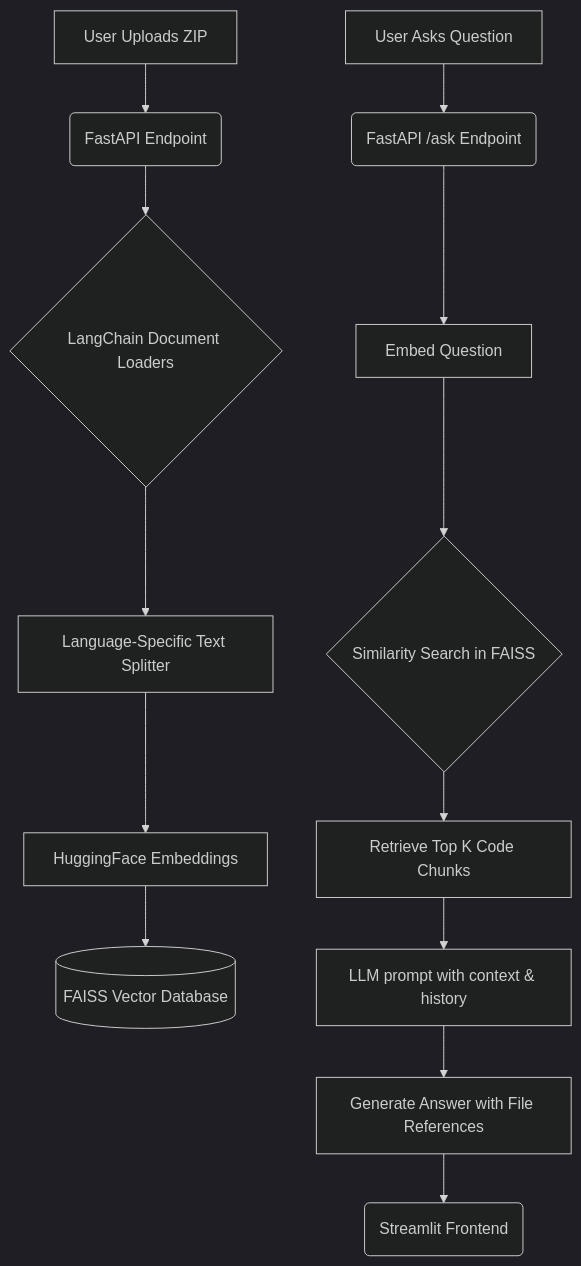
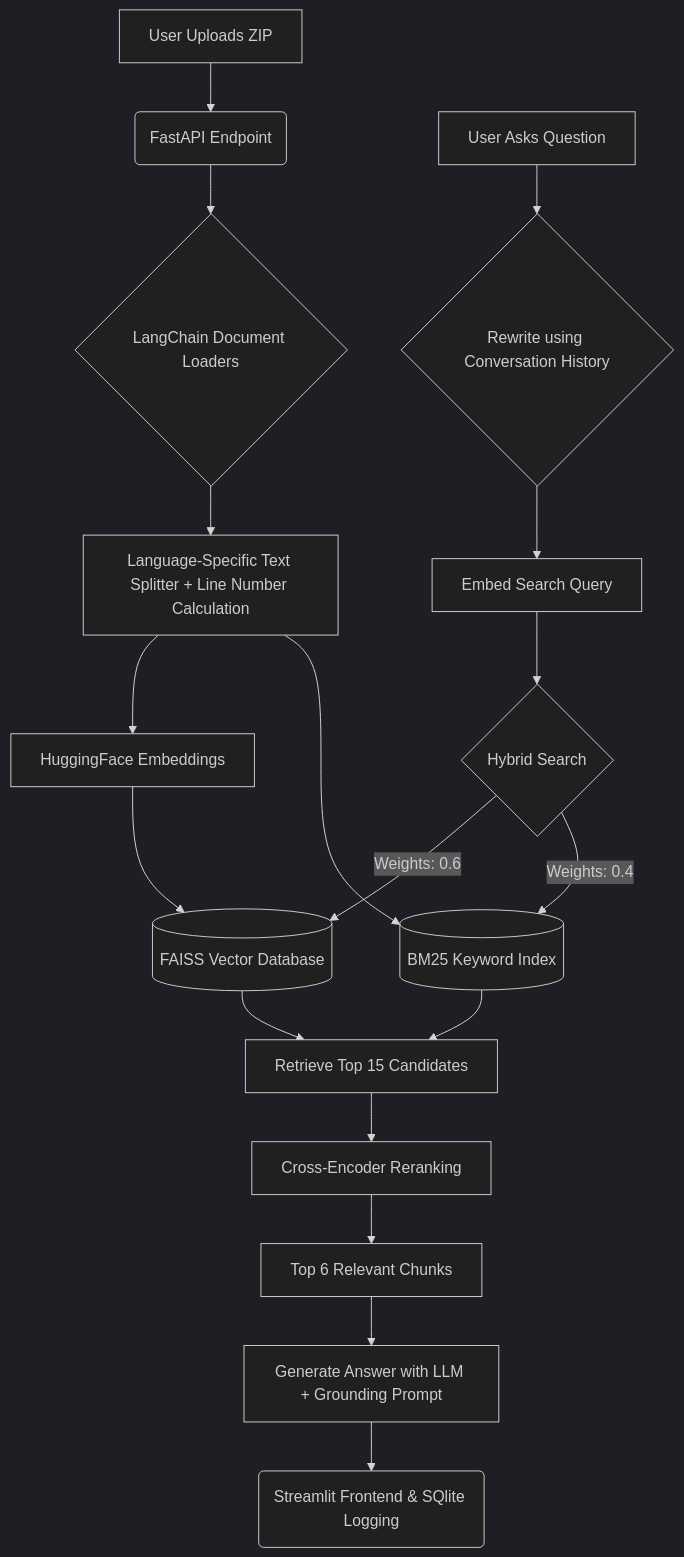
The diagram in README.md (roicy123/RAG_Ai_Debugging), drawn with Mermaid (dark theme) before and after one commit. The commit also changed other lines of this file and 18 other files, not shown here.

````diff
--- a/README.md
+++ b/README.md
@@ -17,16 +19,21 @@
 ```mermaid
 graph TD
     A[User Uploads ZIP] --> B(FastAPI Endpoint)
     B --> C{LangChain Document Loaders}
-    C --> D[Language-Specific Text Splitter]
+    C --> D[Language-Specific Text Splitter + Line Number Calculation]
     D --> E[HuggingFace Embeddings]
     E --> F[(FAISS Vector Database)]
-    
-    G[User Asks Question] --> H(FastAPI /ask Endpoint)
-    H --> I[Embed Question]
-    I --> J{Similarity Search in FAISS}
-    J --> K[Retrieve Top K Code Chunks]
-    K --> L[LLM prompt with context & history]
-    L --> M[Generate Answer with File References]
-    M --> N(Streamlit Frontend)
+    D --> G[(BM25 Keyword Index)]
+
+    H[User Asks Question] --> I{Rewrite using Conversation History}
+    I --> J[Embed Search Query]
+    J --> K{Hybrid Search}
+    K -->|Weights: 0.6| F
+    K -->|Weights: 0.4| G
+    F --> L[Retrieve Top 15 Candidates]
+    G --> L
+    L --> M[Cross-Encoder Reranking]
+    M --> N[Top 6 Relevant Chunks]
+    N --> O[Generate Answer with LLM + Grounding Prompt]
+    O --> P(Streamlit Frontend & SQlite Logging)
 ```
````
